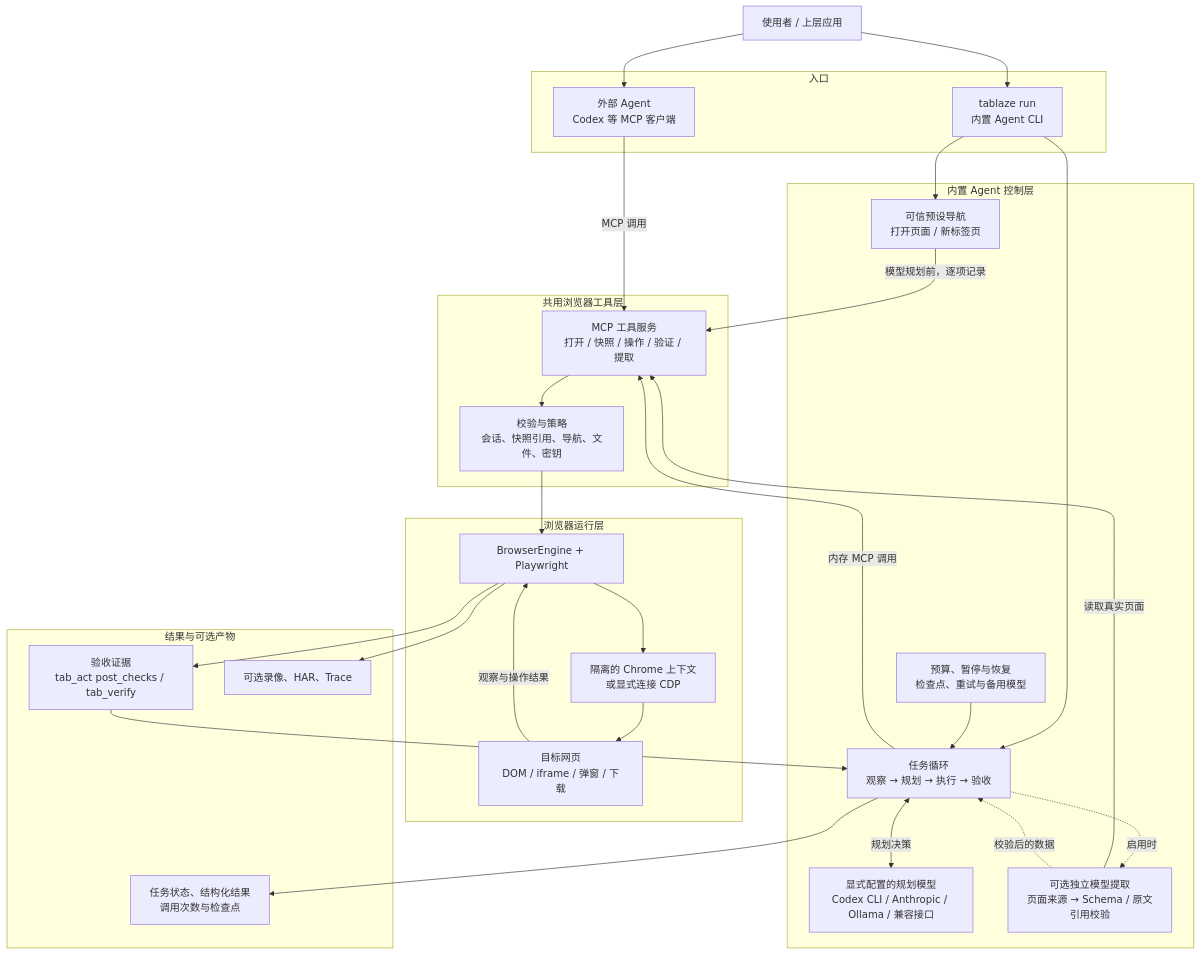
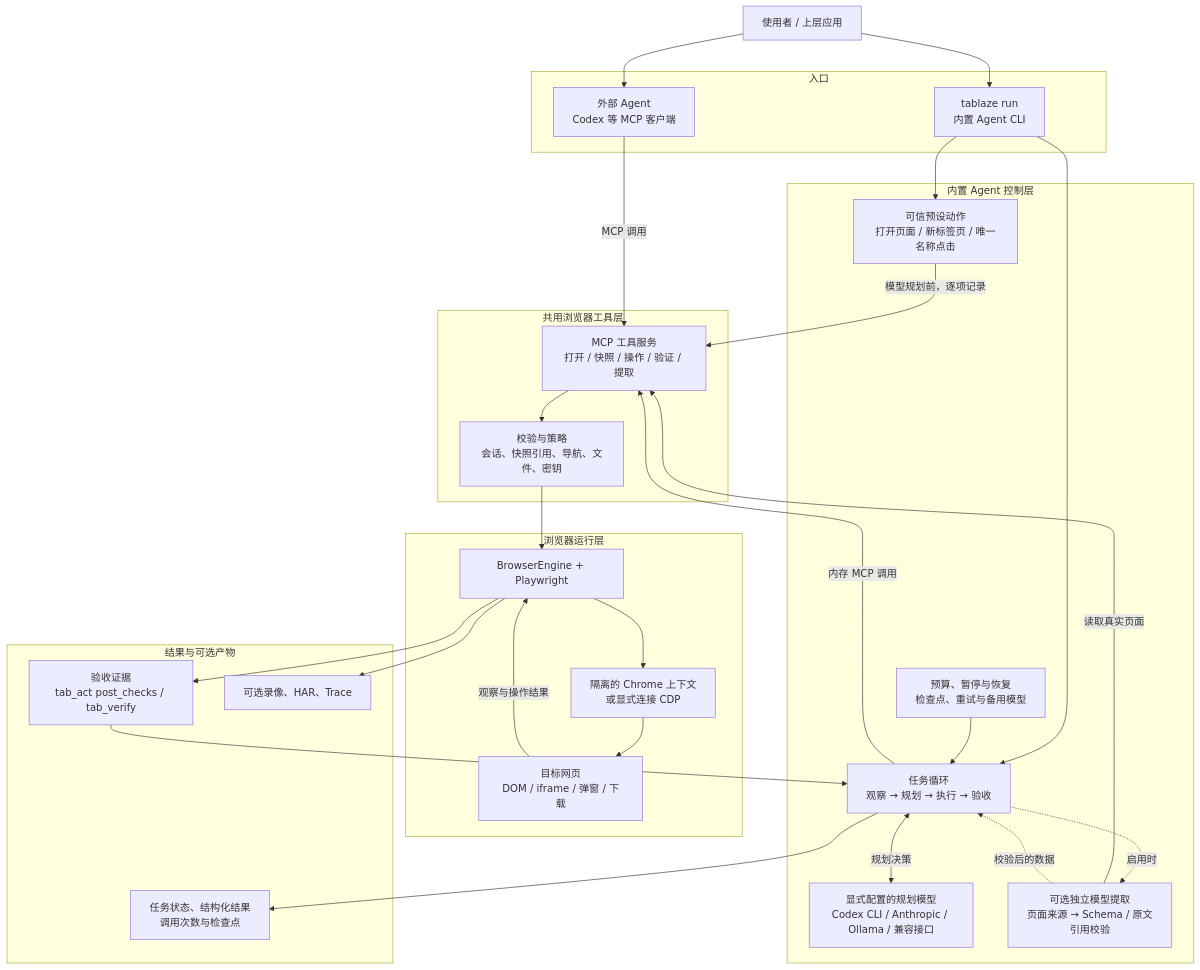
Before and after one commit to SweetDianDian/tablaze: the diagram in site/ARCHITECTURE.md, drawn with Mermaid. The commit also changed 26 other files, not shown here.

````diff
--- a/site/ARCHITECTURE.md
+++ b/site/ARCHITECTURE.md
@@ -5,49 +5,49 @@
 ```mermaid
 flowchart TB
   U["使用者 / 上层应用"]
 
   subgraph Entry["入口"]
     EXT["外部 Agent<br/>Codex 等 MCP 客户端"]
     CLI["tablaze run<br/>内置 Agent CLI"]
   end
 
   subgraph Agent["内置 Agent 控制层"]
     LOOP["任务循环<br/>观察 → 规划 → 执行 → 验收"]
     MODEL["显式配置的规划模型<br/>Codex CLI / Anthropic / Ollama / 兼容接口"]
     CONTROL["预算、暂停与恢复<br/>检查点、重试与备用模型"]
-    INIT["可信预设导航<br/>打开页面 / 新标签页"]
+    INIT["可信预设动作<br/>打开页面 / 新标签页 / 唯一名称点击"]
     EXTRACT["可选独立模型提取<br/>页面来源 → Schema / 原文引用校验"]
   end
 
   subgraph Tools["共用浏览器工具层"]
     MCP["MCP 工具服务<br/>打开 / 快照 / 操作 / 验证 / 提取"]
     GUARD["校验与策略<br/>会话、快照引用、导航、文件、密钥"]
   end
 
   subgraph Runtime["浏览器运行层"]
     ENGINE["BrowserEngine + Playwright"]
     CHROME["隔离的 Chrome 上下文<br/>或显式连接 CDP"]
     PAGE["目标网页<br/>DOM / iframe / 弹窗 / 下载"]
   end
 
   subgraph Output["结果与可选产物"]
     VERIFY["验收证据<br/>tab_act post_checks / tab_verify"]
     RESULT["任务状态、结构化结果<br/>调用次数与检查点"]
     ARTIFACT["可选录像、HAR、Trace"]
   end
 
   U --> EXT -->|"MCP 调用"| MCP
   U --> CLI --> LOOP
   LOOP <-->|"规划决策"| MODEL
   CONTROL --> LOOP
   CLI --> INIT -->|"模型规划前，逐项记录"| MCP
   LOOP -->|"内存 MCP 调用"| MCP
   LOOP -.->|"启用时"| EXTRACT
   EXTRACT -->|"读取真实页面"| MCP
   EXTRACT -.->|"校验后的数据"| LOOP
   MCP --> GUARD --> ENGINE --> CHROME --> PAGE
   PAGE -->|"观察与操作结果"| ENGINE
   ENGINE --> VERIFY --> LOOP
   LOOP --> RESULT
   ENGINE --> ARTIFACT
 ```
````
